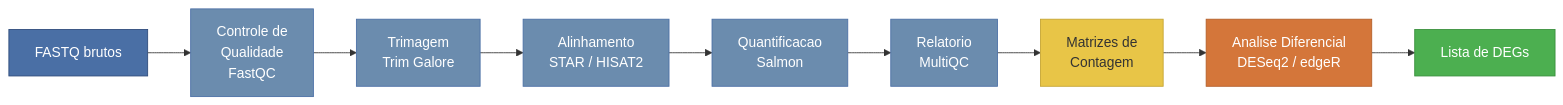
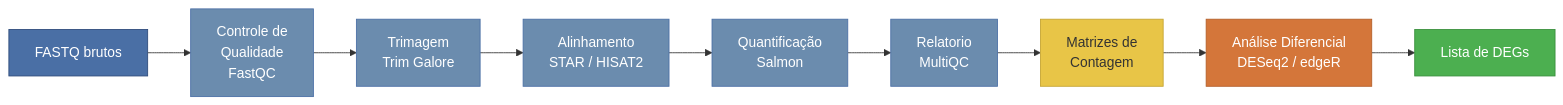
One commit to madsondeluna/nfcore-rnaseq-docker changed the diagram in README.md. Above: the diagram before and after it, drawn with Mermaid. The commit also changed other lines of this file, not shown here.

````diff
--- a/README.md
+++ b/README.md
@@ -41,21 +41,21 @@
 ```mermaid
 flowchart LR
     A["FASTQ brutos"] --> B["Controle de<br>Qualidade<br>FastQC"]
     B --> C["Trimagem<br>Trim Galore"]
     C --> D["Alinhamento<br>STAR / HISAT2"]
-    D --> E["Quantificacao<br>Salmon"]
+    D --> E["Quantificação<br>Salmon"]
     E --> F["Relatorio<br>MultiQC"]
     F --> G["Matrizes de<br>Contagem"]
-    G --> H["Analise Diferencial<br>DESeq2 / edgeR"]
+    G --> H["Análise Diferencial<br>DESeq2 / edgeR"]
     H --> I["Lista de DEGs"]
 
     style A fill:#4a6fa5,stroke:#2d4a7a,color:#ffffff
     style B fill:#6b8cae,stroke:#4a6fa5,color:#ffffff
     style C fill:#6b8cae,stroke:#4a6fa5,color:#ffffff
     style D fill:#6b8cae,stroke:#4a6fa5,color:#ffffff
     style E fill:#6b8cae,stroke:#4a6fa5,color:#ffffff
     style F fill:#6b8cae,stroke:#4a6fa5,color:#ffffff
     style G fill:#e8c547,stroke:#c4a432,color:#333333
     style H fill:#d4763a,stroke:#b35e28,color:#ffffff
     style I fill:#4caf50,stroke:#388e3c,color:#ffffff
 ```
````
